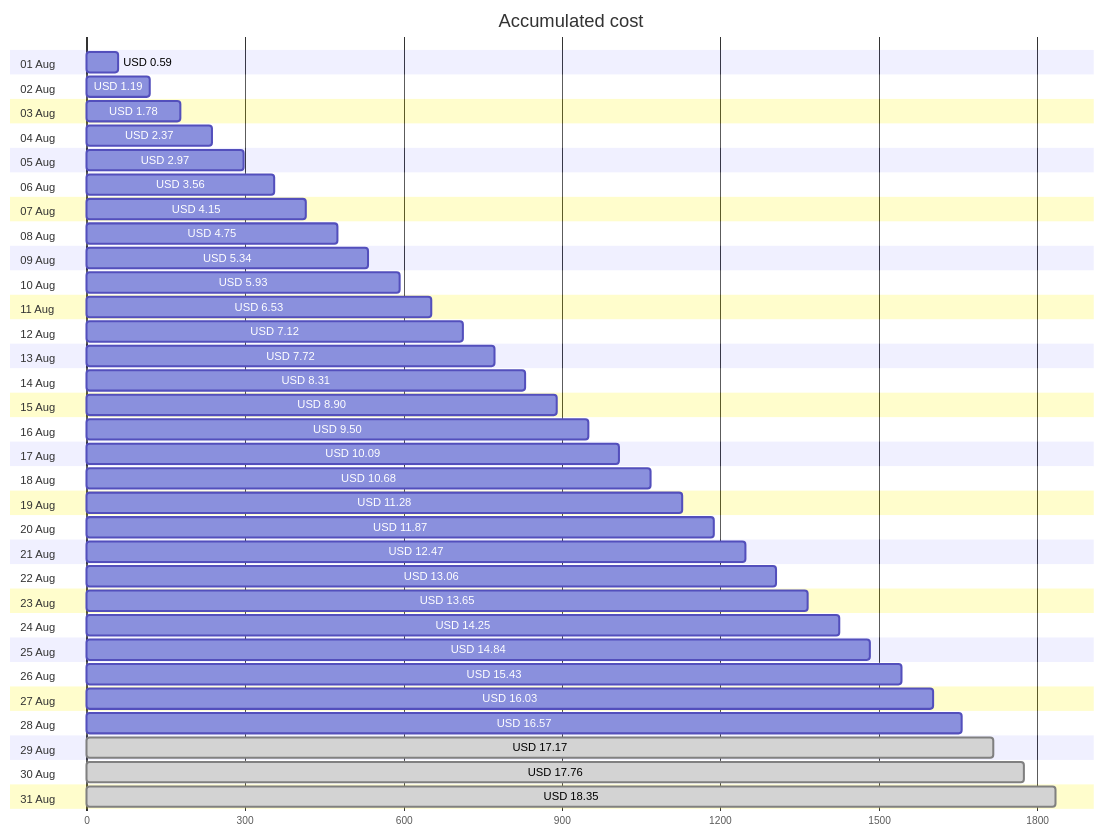
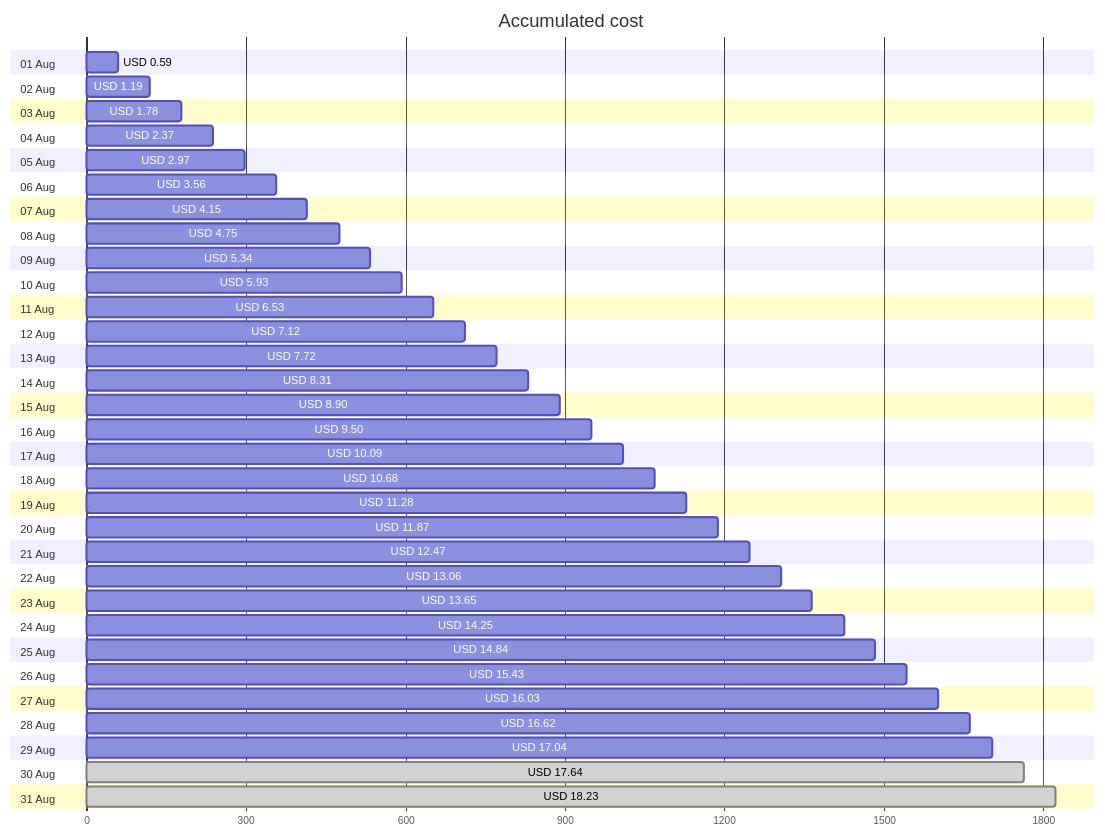
Before and after one commit to jpfulton/azure-personal-reports: the first of 4 diagrams in cost-reports/personal-site/README.md, drawn with Mermaid. The commit also changed other lines of this file and 6 other files, not shown here.

````diff
--- a/cost-reports/personal-site/README.md
+++ b/cost-reports/personal-site/README.md
@@ -20,68 +20,68 @@
 ```mermaid
 gantt
    title Accumulated cost
    dateFormat  X
    axisFormat %s
    section 01 Aug
    USD 0.59 :0, 59
    section 02 Aug
    USD 1.19 :0, 119
    section 03 Aug
    USD 1.78 :0, 178
    section 04 Aug
    USD 2.37 :0, 237
    section 05 Aug
    USD 2.97 :0, 297
    section 06 Aug
    USD 3.56 :0, 356
    section 07 Aug
    USD 4.15 :0, 415
    section 08 Aug
    USD 4.75 :0, 475
    section 09 Aug
    USD 5.34 :0, 534
    section 10 Aug
    USD 5.93 :0, 593
    section 11 Aug
    USD 6.53 :0, 653
    section 12 Aug
    USD 7.12 :0, 712
    section 13 Aug
    USD 7.72 :0, 772
    section 14 Aug
    USD 8.31 :0, 831
    section 15 Aug
    USD 8.90 :0, 890
    section 16 Aug
    USD 9.50 :0, 950
    section 17 Aug
    USD 10.09 :0, 1009
    section 18 Aug
    USD 10.68 :0, 1068
    section 19 Aug
    USD 11.28 :0, 1128
    section 20 Aug
    USD 11.87 :0, 1187
    section 21 Aug
    USD 12.47 :0, 1247
    section 22 Aug
    USD 13.06 :0, 1306
    section 23 Aug
    USD 13.65 :0, 1365
    section 24 Aug
    USD 14.25 :0, 1425
    section 25 Aug
    USD 14.84 :0, 1484
    section 26 Aug
    USD 15.43 :0, 1543
    section 27 Aug
    USD 16.03 :0, 1603
    section 28 Aug
-   USD 16.57 :0, 1657
+   USD 16.62 :0, 1662
    section 29 Aug
-   USD 17.17 : done, 0, 1717
+   USD 17.04 :0, 1704
    section 30 Aug
-   USD 17.76 : done, 0, 1776
+   USD 17.64 : done, 0, 1764
    section 31 Aug
-   USD 18.35 : done, 0, 1835
+   USD 18.23 : done, 0, 1823
 ```
````
